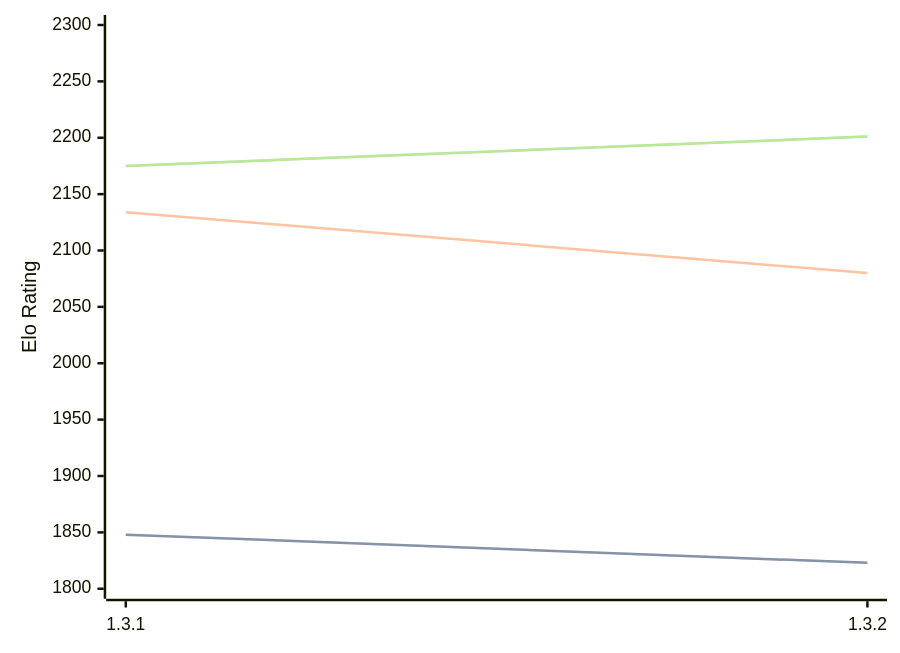
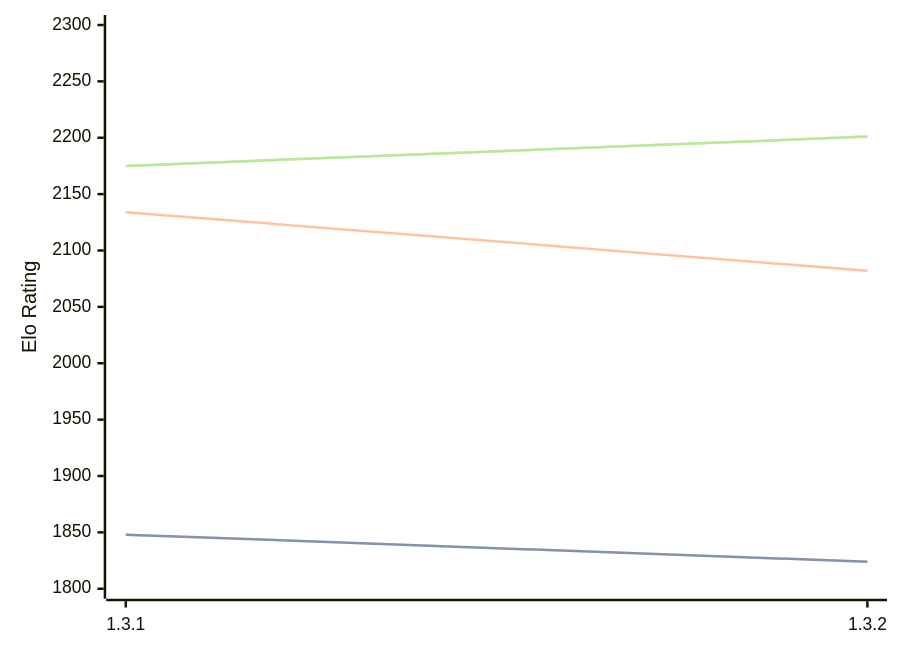
The diagram in engines/Zugblitz.md (computer-chess-index/cci), drawn with Mermaid before and after one commit. The commit also changed other lines of this file, not shown here.

````diff
--- a/engines/Zugblitz.md
+++ b/engines/Zugblitz.md
@@ -32,11 +32,11 @@
 ```mermaid
 %%{init: {"theme":"base","themeVariables":{"seriesColors:['#a3a3a3','#222221','#faa371']}}}%%
 xychart-beta
   x-axis ["1.3.1", "1.3.2"]
   y-axis "Elo Rating" 1800 --> 2300
-  line "STC (8.0+0.08s)" [1848, 1823]
-  line "STC (8.0+0.08s)" [1848, 1823]
-  line "LTC (60.0+0.60s)" [2134, 2080]
+  line "STC (8.0+0.08s)" [1848, 1824]
+  line "STC (8.0+0.08s)" [1848, 1824]
+  line "LTC (60.0+0.60s)" [2134, 2082]
   line "VLTC (2m24s+1.12s)" [2175, 2201]
   line "VLTC (2m24s+1.12s)" [2175, 2201]
 ```
````
